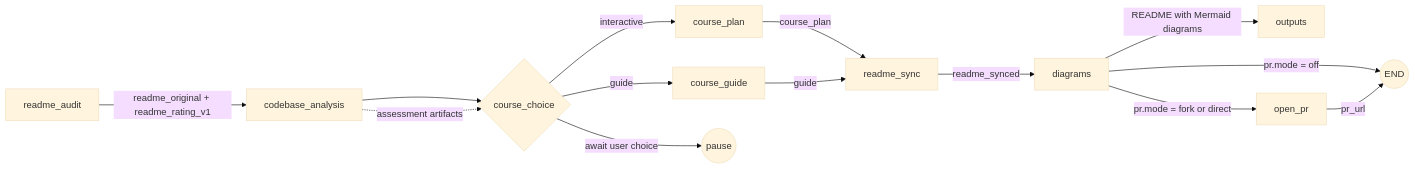
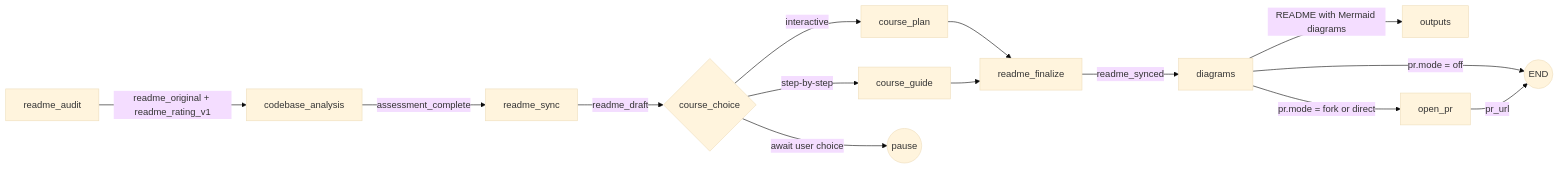
One commit to Shotza247/Code_Review_LangGraph_workflow changed the first of 2 diagrams in readme-sync-workflow/README.md. Above: the diagram before and after it, drawn with Mermaid (base theme). The commit also changed other lines of this file and 22 other files, not shown here.

````diff
--- a/readme-sync-workflow/README.md
+++ b/readme-sync-workflow/README.md
@@ -9,17 +9,17 @@
 ```mermaid
 flowchart LR
   A[readme_audit] -->|readme_original + readme_rating_v1| B[codebase_analysis]
 
-  B --> C{course_choice}
-  B -. assessment artifacts .-> C
+  B -->|assessment_complete| E[readme_sync]
+  E -->|readme_draft| C{course_choice}
   C -->|interactive| D[course_plan]
-  C -->|guide| G[course_guide]
+  C -->|step-by-step| G[course_guide]
   C -->|await user choice| H((pause))
-  D -->|course_plan| E[readme_sync]
-  G -->|guide| E
-  E -->|readme_synced| F[diagrams]
-  F -->|README with Mermaid diagrams| I[outputs]
-  F -->|pr.mode = fork or direct| J[open_pr]
-  F -->|pr.mode = off| K((END))
-  J -->|pr_url| K
+  D --> F[readme_finalize]
+  G --> F
+  F -->|readme_synced| I[diagrams]
+  I -->|README with Mermaid diagrams| J[outputs]
+  I -->|pr.mode = fork or direct| K[open_pr]
+  I -->|pr.mode = off| L((END))
+  K -->|pr_url| L
 ```
````
